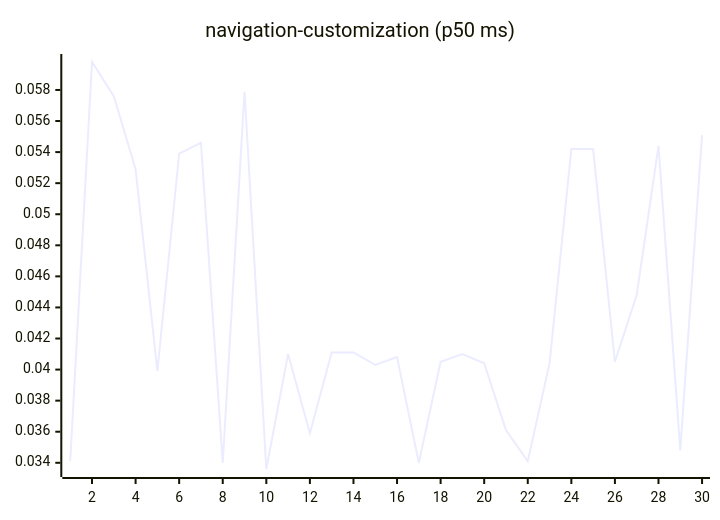
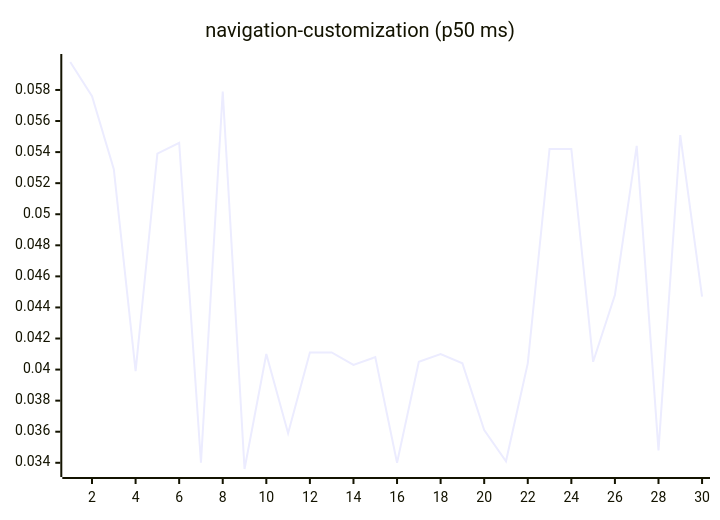
Before and after one commit to josha/Facet: diagram 15 of 27 in README.md, drawn with Mermaid. The commit also changed other lines of this file and 2 other files, not shown here.

````diff
--- a/README.md
+++ b/README.md
@@ -161,6 +161,6 @@
 ```mermaid
 xychart-beta
     title "navigation-customization (p50 ms)"
     x-axis 1 --> 30
-    line [0.0341, 0.0598, 0.0576, 0.0529, 0.0399, 0.0539, 0.0546, 0.0340, 0.0579, 0.0336, 0.0410, 0.0359, 0.0411, 0.0411, 0.0403, 0.0408, 0.0340, 0.0405, 0.0410, 0.0404, 0.0361, 0.0341, 0.0404, 0.0542, 0.0542, 0.0405, 0.0448, 0.0544, 0.0348, 0.0551]
+    line [0.0598, 0.0576, 0.0529, 0.0399, 0.0539, 0.0546, 0.0340, 0.0579, 0.0336, 0.0410, 0.0359, 0.0411, 0.0411, 0.0403, 0.0408, 0.0340, 0.0405, 0.0410, 0.0404, 0.0361, 0.0341, 0.0404, 0.0542, 0.0542, 0.0405, 0.0448, 0.0544, 0.0348, 0.0551, 0.0447]
 ```
````
